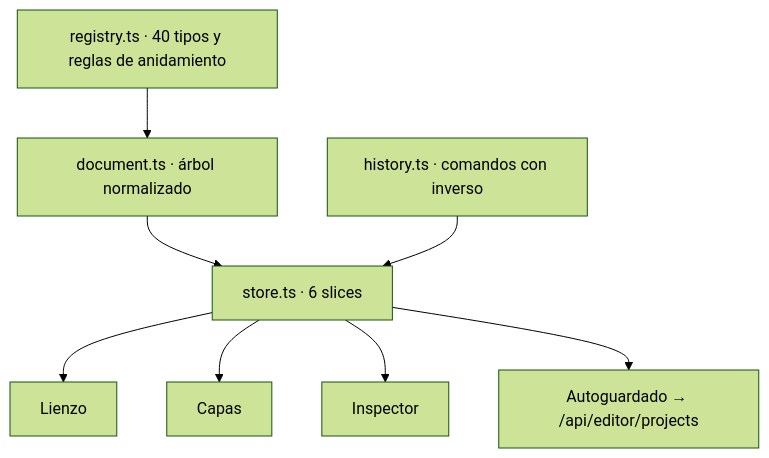
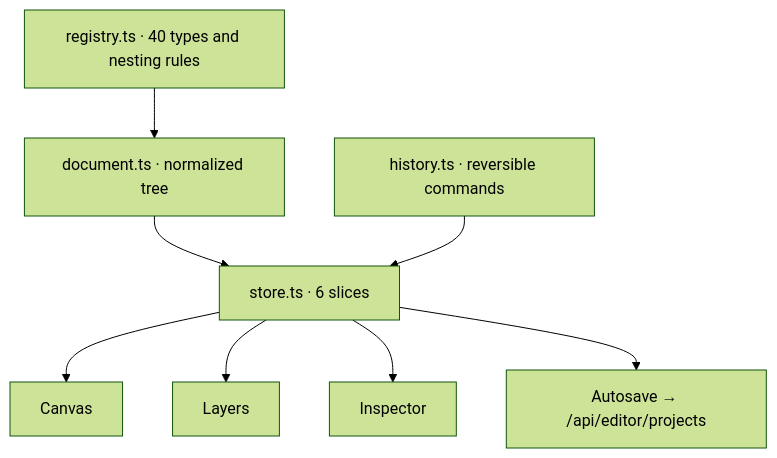
The sixth of 6 diagrams in docs/ARCHITECTURE.md (jggjosue/prompt-studio), drawn with Mermaid (forest theme) before and after one commit. The commit also changed other lines of this file and 8 other files, not shown here.

````diff
--- a/docs/ARCHITECTURE.md
+++ b/docs/ARCHITECTURE.md
@@ -259,10 +222,10 @@
 ```mermaid
 flowchart TB
-    REG[registry.ts · 40 tipos y reglas de anidamiento] --> DOC
-    DOC[document.ts · árbol normalizado] --> STORE[store.ts · 6 slices]
-    CMD[history.ts · comandos con inverso] --> STORE
-    STORE --> CANVAS[Lienzo]
-    STORE --> LAYERS[Capas]
+    REG[registry.ts · 40 types and nesting rules] --> DOC
+    DOC[document.ts · normalized tree] --> STORE[store.ts · 6 slices]
+    CMD[history.ts · reversible commands] --> STORE
+    STORE --> CANVAS[Canvas]
+    STORE --> LAYERS[Layers]
     STORE --> INSPECTOR[Inspector]
-    STORE --> SAVE[Autoguardado → /api/editor/projects]
+    STORE --> SAVE[Autosave → /api/editor/projects]
 ```
````
